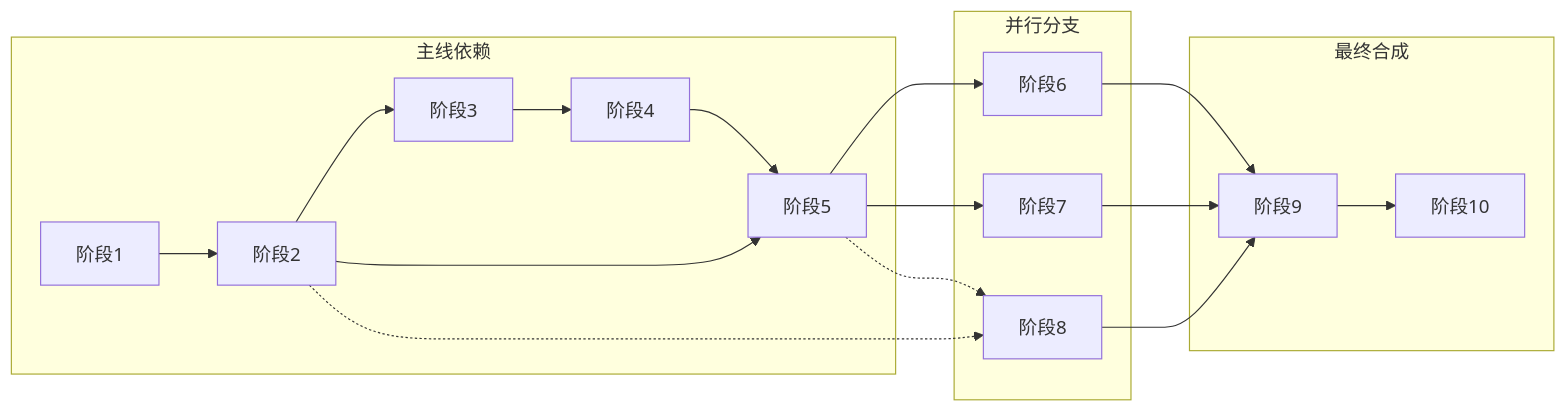
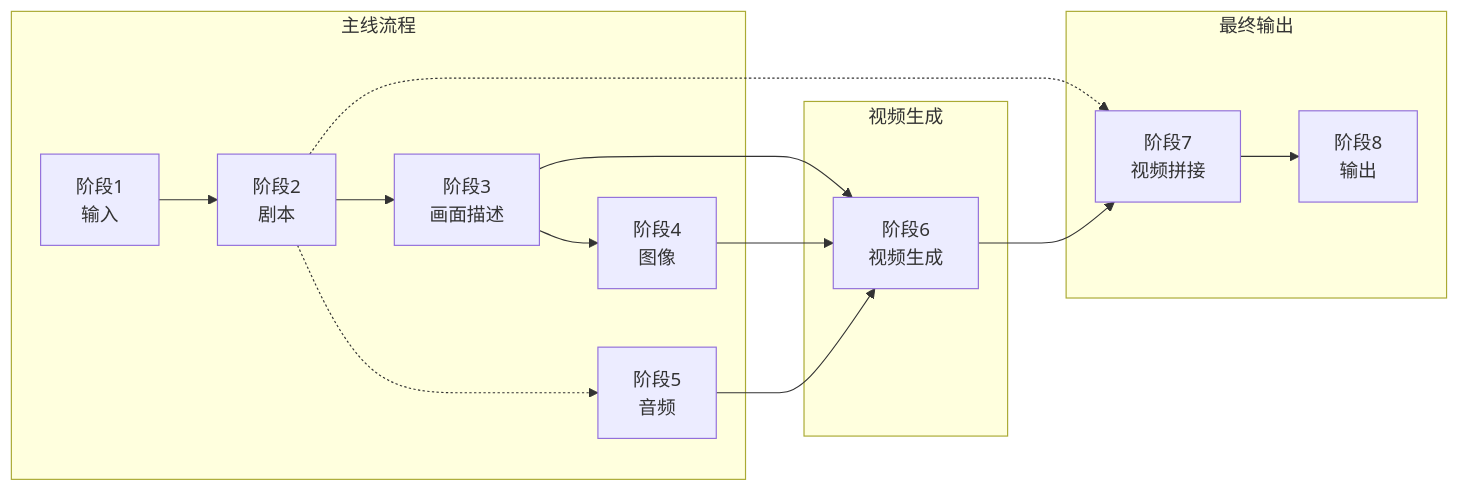
One commit to kiddyt00/FrameLeap changed the second of 2 diagrams in docs/workflow_diagram.md. Above: the diagram before and after it, drawn with Mermaid. The commit also changed other lines of this file, not shown here.

````diff
--- a/docs/workflow_diagram.md
+++ b/docs/workflow_diagram.md
@@ -263,24 +292,21 @@
 ```mermaid
 graph LR
-    subgraph Main["主线依赖"]
-        S1[阶段1] --> S2[阶段2]
-        S2 --> S3[阶段3]
-        S3 --> S4[阶段4]
-        S2 --> S5[阶段5]
-        S4 --> S5
+    subgraph Main["主线流程"]
+        S1[阶段1<br/>输入] --> S2[阶段2<br/>剧本]
+        S2 --> S3[阶段3<br/>画面描述]
+        S3 --> S4[阶段4<br/>图像]
+        S2 -.-> S5[阶段5<br/>音频]
     end
 
-    subgraph Parallel["并行分支"]
-        S5 --> S6[阶段6]
-        S5 --> S7[阶段7]
-        S2 -.-> S8[阶段8]
-        S5 -.-> S8
+    subgraph Video["视频生成"]
+        S3 --> S6[阶段6<br/>视频生成]
+        S4 --> S6
+        S5 --> S6
     end
 
-    subgraph Final["最终合成"]
-        S6 --> S9[阶段9]
-        S7 --> S9
-        S8 --> S9
-        S9 --> S10[阶段10]
+    subgraph Final["最终输出"]
+        S2 -.-> S7[阶段7<br/>视频拼接]
+        S6 --> S7
+        S7 --> S8[阶段8<br/>输出]
     end
 ```
````
